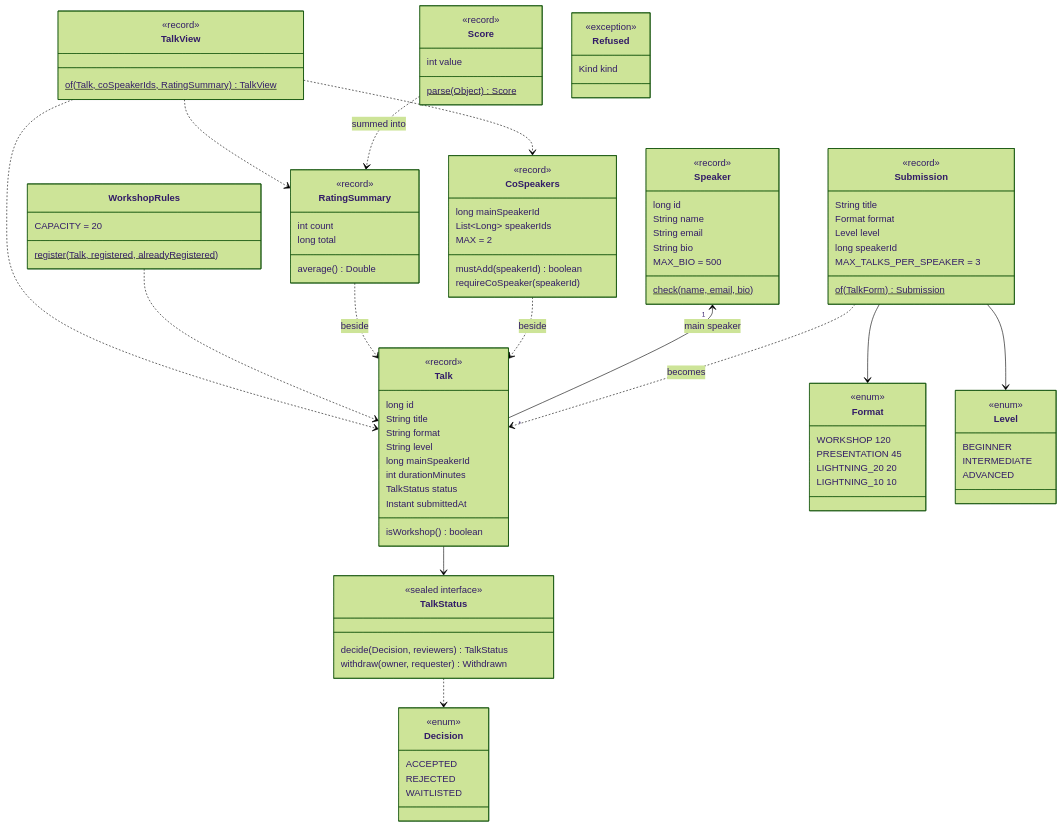
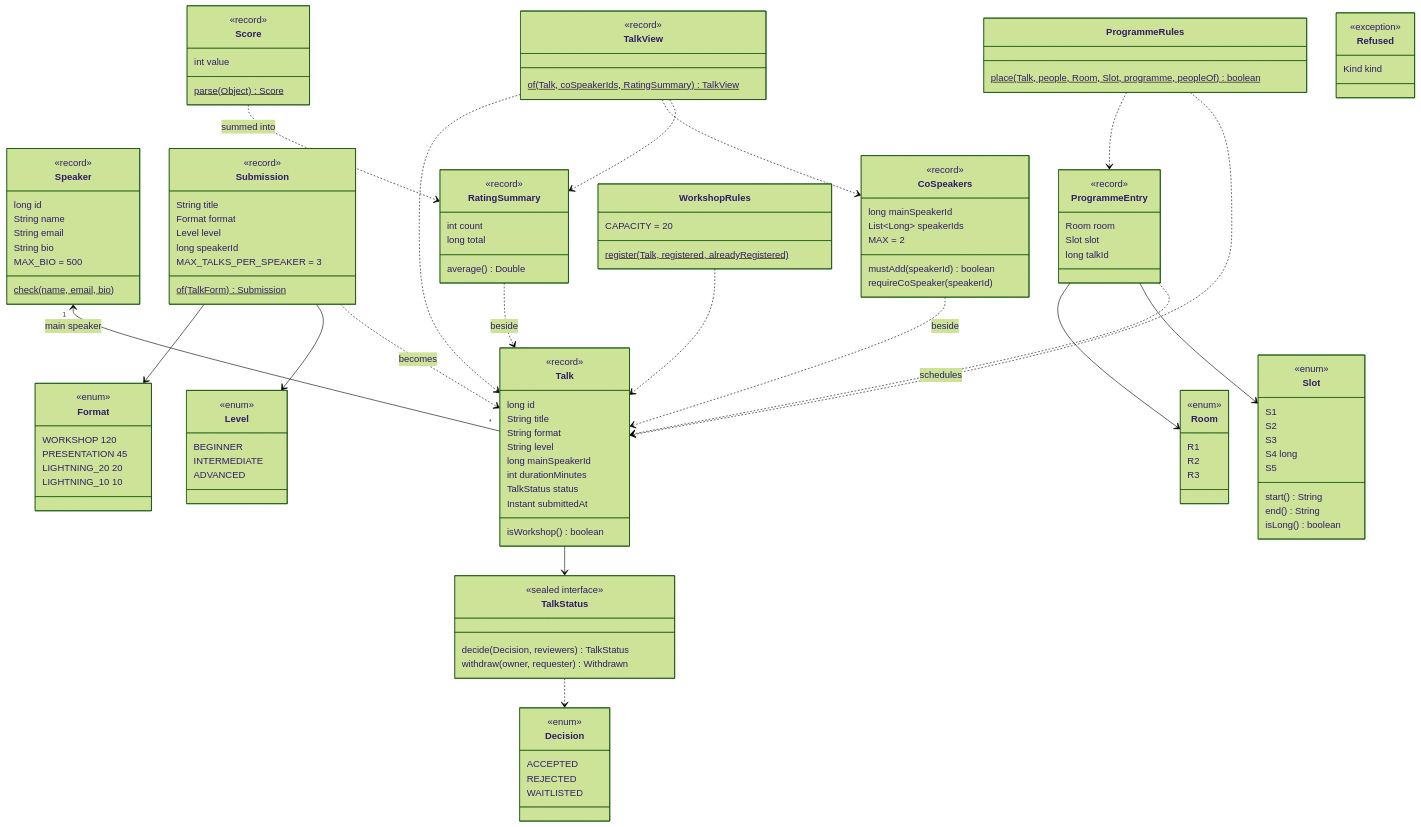
The first of 5 diagrams in docs/domain-model.md (Scienta/team-4), drawn with Mermaid (forest theme) before and after one commit. The commit also changed other lines of this file and 1 other file, not shown here.

Commit message:
Docs: programme in the domain model diagrams and ADR 1

```diff
--- a/docs/domain-model.md
+++ b/docs/domain-model.md
@@ -85,6 +85,32 @@
         CAPACITY = 20
         register(Talk, registered, alreadyRegistered)$
     }
+    class Room {
+        <<enum>>
+        R1
+        R2
+        R3
+    }
+    class Slot {
+        <<enum>>
+        S1
+        S2
+        S3
+        S4 long
+        S5
+        start() String
+        end() String
+        isLong() boolean
+    }
+    class ProgrammeEntry {
+        <<record>>
+        Room room
+        Slot slot
+        long talkId
+    }
+    class ProgrammeRules {
+        place(Talk, people, Room, Slot, programme, peopleOf)$ boolean
+    }
     class TalkView {
         <<record>>
         of(Talk, coSpeakerIds, RatingSummary)$ TalkView
@@ -104,6 +130,11 @@
     RatingSummary ..> Talk : beside
     Score ..> RatingSummary : summed into
     WorkshopRules ..> Talk
+    ProgrammeEntry --> Room
+    ProgrammeEntry --> Slot
+    ProgrammeEntry ..> Talk : schedules
+    ProgrammeRules ..> ProgrammeEntry
+    ProgrammeRules ..> Talk
     TalkView ..> Talk
     TalkView ..> CoSpeakers
     TalkView ..> RatingSummary
```
